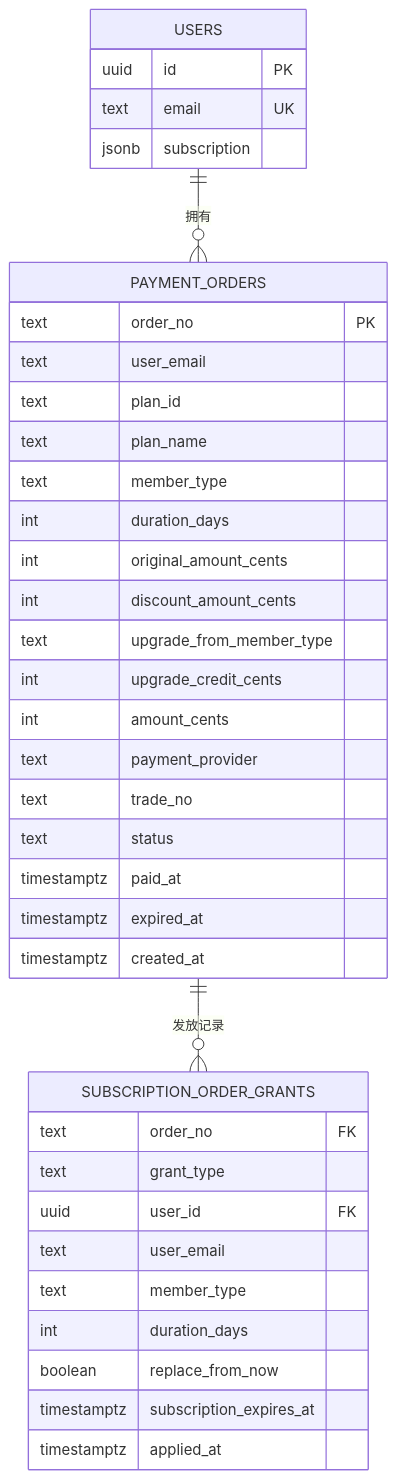
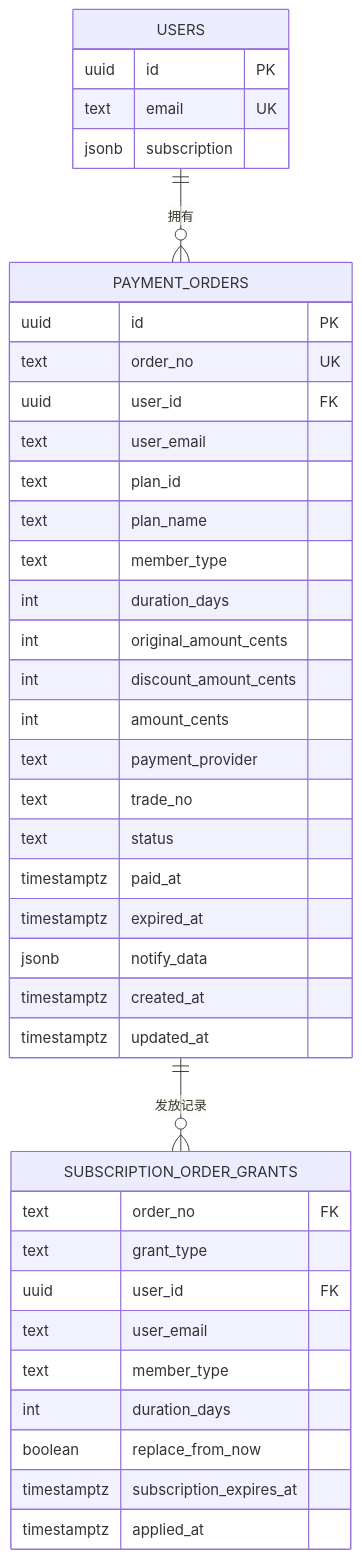
The eighth of 9 diagrams in .qoder/repowiki/zh/content/云端后端服务/支付订阅系统/订阅策略管理.md (alvinwangzi/goodhr), drawn with Mermaid before and after one commit. The commit also changed other lines of this file and 149 other files, not shown here.

````diff
--- a/.qoder/repowiki/zh/content/云端后端服务/支付订阅系统/订阅策略管理.md
+++ b/.qoder/repowiki/zh/content/云端后端服务/支付订阅系统/订阅策略管理.md
@@ -366,40 +323,42 @@
 ```mermaid
 erDiagram
 USERS {
 uuid id PK
 text email UK
 jsonb subscription
 }
 PAYMENT_ORDERS {
-text order_no PK
+uuid id PK
+text order_no UK
+uuid user_id FK
 text user_email
 text plan_id
 text plan_name
 text member_type
 int duration_days
 int original_amount_cents
 int discount_amount_cents
-text upgrade_from_member_type
-int upgrade_credit_cents
 int amount_cents
 text payment_provider
 text trade_no
 text status
 timestamptz paid_at
 timestamptz expired_at
+jsonb notify_data
 timestamptz created_at
+timestamptz updated_at
 }
 SUBSCRIPTION_ORDER_GRANTS {
 text order_no FK
 text grant_type
 uuid user_id FK
 text user_email
 text member_type
 int duration_days
 boolean replace_from_now
 timestamptz subscription_expires_at
 timestamptz applied_at
 }
 USERS ||--o{ PAYMENT_ORDERS : "拥有"
 PAYMENT_ORDERS ||--o{ SUBSCRIPTION_ORDER_GRANTS : "发放记录"
 ```
````
